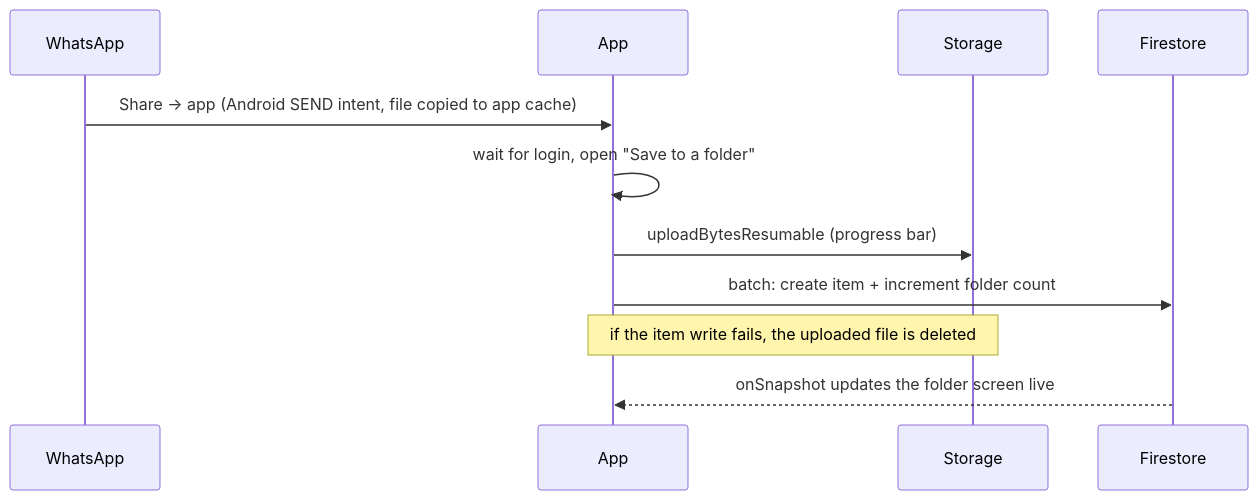
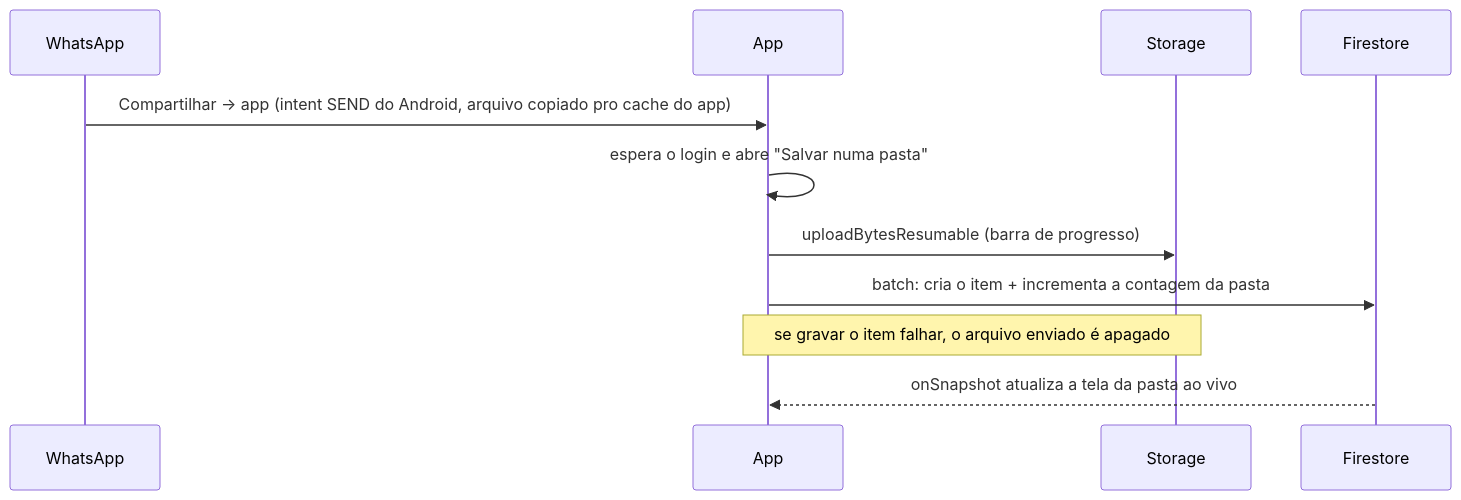
The second of 3 diagrams in docs/architecture.md (darkslipx/behappier-showcase), drawn with Mermaid before and after one commit. The commit also changed other lines of this file and 1 other file, not shown here.

````diff
--- a/docs/architecture.md
+++ b/docs/architecture.md
@@ -46,13 +46,13 @@
 ```mermaid
 sequenceDiagram
   participant W as WhatsApp
   participant A as App
   participant S as Storage
   participant F as Firestore
-  W->>A: Share → app (Android SEND intent, file copied to app cache)
-  A->>A: wait for login, open "Save to a folder"
-  A->>S: uploadBytesResumable (progress bar)
-  A->>F: batch: create item + increment folder count
-  Note over A,S: if the item write fails, the uploaded file is deleted
-  F-->>A: onSnapshot updates the folder screen live
+  W->>A: Compartilhar → app (intent SEND do Android, arquivo copiado pro cache do app)
+  A->>A: espera o login e abre "Salvar numa pasta"
+  A->>S: uploadBytesResumable (barra de progresso)
+  A->>F: batch: cria o item + incrementa a contagem da pasta
+  Note over A,S: se gravar o item falhar, o arquivo enviado é apagado
+  F-->>A: onSnapshot atualiza a tela da pasta ao vivo
 ```
````
